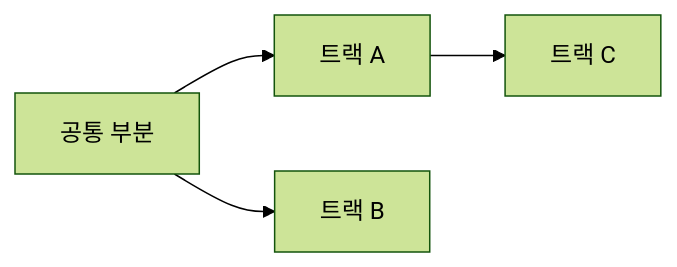
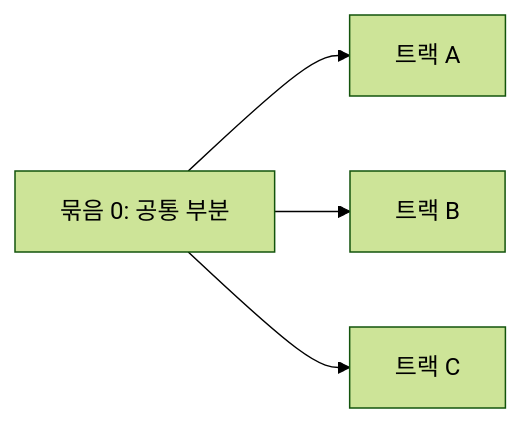
The third of 5 diagrams in templates/plan.md (dincal/agent_logbook), drawn with Mermaid (forest theme) before and after one commit. The commit also changed 11 other files, not shown here.

````diff
--- a/templates/plan.md
+++ b/templates/plan.md
@@ -117,6 +117,6 @@
 ```mermaid
 flowchart LR
-  S["공통 부분"] --> A["트랙 A"]
+  S["묶음 0: 공통 부분"] --> A["트랙 A"]
   S --> B["트랙 B"]
-  A --> C["트랙 C"]
+  S --> C["트랙 C"]
 ```
````
